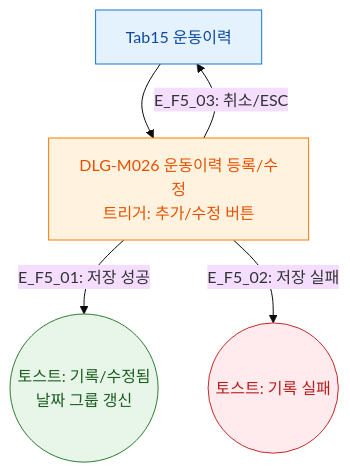
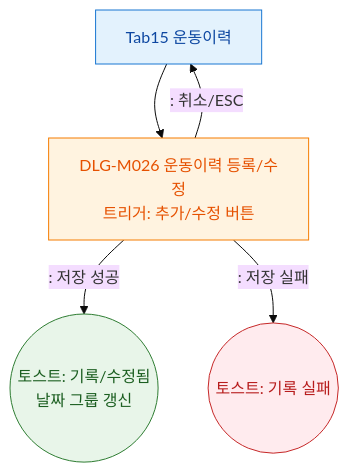
One commit to dev-spogym/admin-pando changed the diagram in docs/다이어그램/D02_회원관리/SCR-M004_회원상세/Tab15_운동이력/F5_모달트리거.md. Above: the diagram before and after it, drawn with Mermaid (base theme). The commit also changed other lines of this file and 1660 other files, not shown here.

First line of the commit message:
다이어그램: 기획자/클라이언트 납품본으로 정리

````diff
--- a/docs/다이어그램/D02_회원관리/SCR-M004_회원상세/Tab15_운동이력/F5_모달트리거.md
+++ b/docs/다이어그램/D02_회원관리/SCR-M004_회원상세/Tab15_운동이력/F5_모달트리거.md
@@ -22,16 +20,16 @@
 ```mermaid
 flowchart TD
   TAB[Tab15 운동이력] --> DLG_M026[DLG-M026 운동이력 등록/수정\n트리거: 추가/수정 버튼]
-  DLG_M026 -->|"E_F5_01: 저장 성공"| OK((토스트: 기록/수정됨\n날짜 그룹 갱신))
-  DLG_M026 -->|"E_F5_02: 저장 실패"| ERR((토스트: 기록 실패))
-  DLG_M026 -->|"E_F5_03: 취소/ESC"| TAB
+  DLG_M026 -->|": 저장 성공"|OK((토스트: 기록/수정됨\n날짜 그룹 갱신))
+  DLG_M026 -->|": 저장 실패"|ERR((토스트: 기록 실패))
+  DLG_M026 -->|": 취소/ESC"|TAB
 
   classDef screen fill:#E3F2FD,stroke:#1976D2,color:#0D47A1
   classDef modal fill:#FFF3E0,stroke:#F57C00,color:#E65100
   classDef success fill:#E8F5E9,stroke:#2E7D32,color:#1B5E20
   classDef error fill:#FFEBEE,stroke:#C62828,color:#B71C1C
   class TAB screen
   class DLG_M026 modal
   class OK success
   class ERR error
 ```
````
